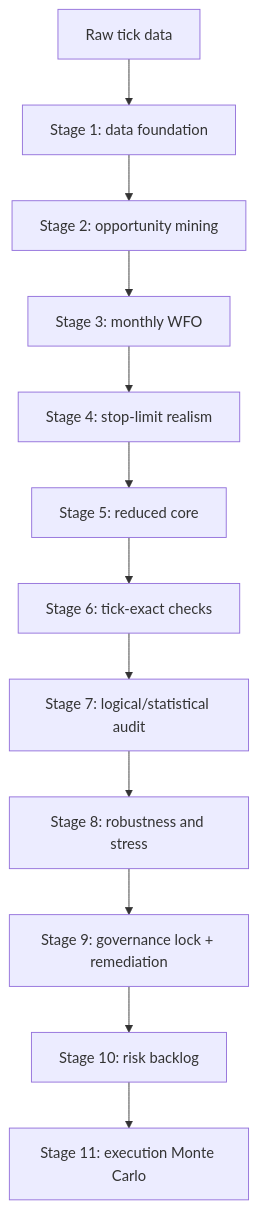
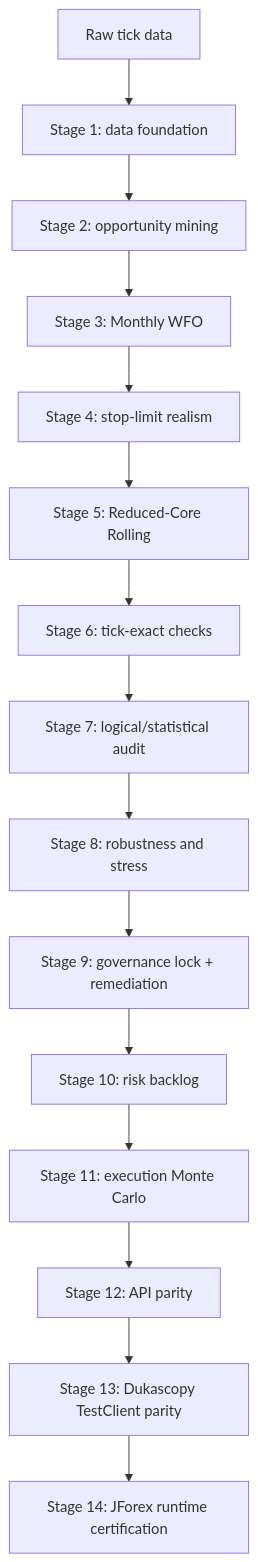
The diagram in docs/architecture.md (jbus84/behemoth), drawn with Mermaid before and after one commit. The commit also changed other lines of this file and 18 other files, not shown here.

````diff
--- a/docs/architecture.md
+++ b/docs/architecture.md
@@ -7,14 +7,17 @@
 ```mermaid
 flowchart TD
   A[Raw tick data] --> B[Stage 1: data foundation]
   B --> C[Stage 2: opportunity mining]
-  C --> D[Stage 3: monthly WFO]
+  C --> D[Stage 3: Monthly WFO]
   D --> E[Stage 4: stop-limit realism]
-  E --> F[Stage 5: reduced core]
+  E --> F[Stage 5: Reduced-Core Rolling]
   F --> G[Stage 6: tick-exact checks]
   G --> H[Stage 7: logical/statistical audit]
   H --> I[Stage 8: robustness and stress]
   I --> J[Stage 9: governance lock + remediation]
   J --> K[Stage 10: risk backlog]
   K --> L[Stage 11: execution Monte Carlo]
+  L --> M[Stage 12: API parity]
+  M --> N[Stage 13: Dukascopy TestClient parity]
+  N --> O[Stage 14: JForex runtime certification]
 ```
````
